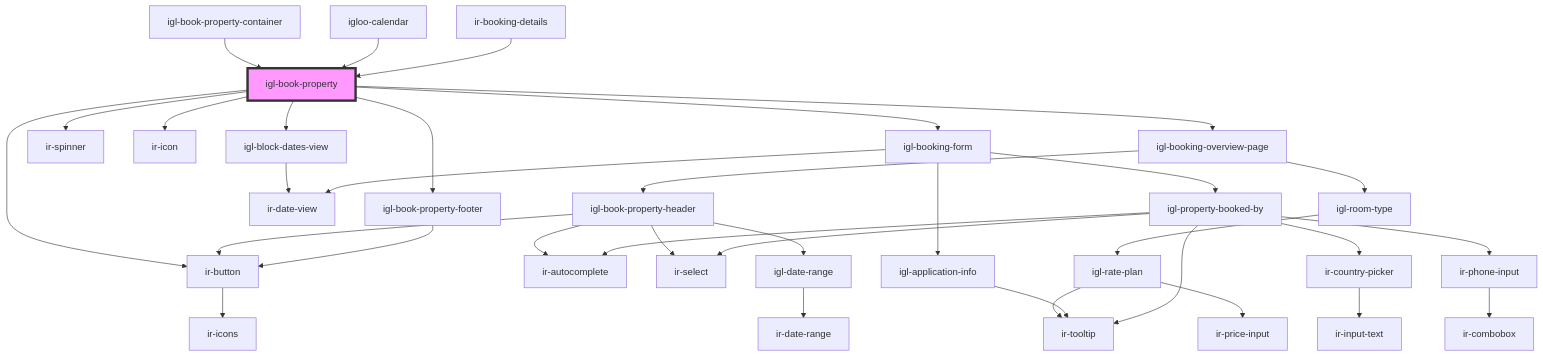
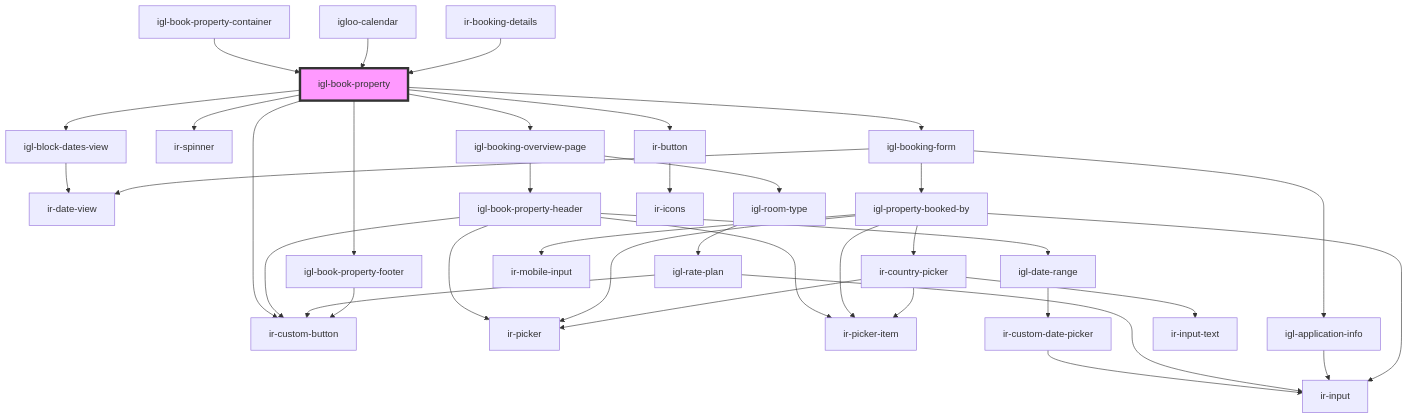
One commit to RonyRizk/ir-webcmp changed the diagram in src/components/igloo-calendar/igl-book-property/readme.md. Above: the diagram before and after it, drawn with Mermaid. The commit also changed other lines of this file and 433 other files, not shown here.

````diff
--- a/src/components/igloo-calendar/igl-book-property/readme.md
+++ b/src/components/igloo-calendar/igl-book-property/readme.md
@@ -53,38 +53,40 @@
 ```mermaid
 graph TD;
   igl-book-property --> igl-block-dates-view
   igl-book-property --> ir-spinner
-  igl-book-property --> ir-icon
+  igl-book-property --> ir-custom-button
   igl-book-property --> igl-booking-overview-page
   igl-book-property --> igl-booking-form
   igl-book-property --> ir-button
   igl-book-property --> igl-book-property-footer
   igl-block-dates-view --> ir-date-view
   igl-booking-overview-page --> igl-book-property-header
   igl-booking-overview-page --> igl-room-type
-  igl-book-property-header --> ir-autocomplete
-  igl-book-property-header --> ir-select
-  igl-book-property-header --> ir-button
+  igl-book-property-header --> ir-picker
+  igl-book-property-header --> ir-picker-item
+  igl-book-property-header --> ir-custom-button
   igl-book-property-header --> igl-date-range
-  ir-button --> ir-icons
-  igl-date-range --> ir-date-range
+  igl-date-range --> ir-custom-date-picker
+  ir-custom-date-picker --> ir-input
   igl-room-type --> igl-rate-plan
-  igl-rate-plan --> ir-tooltip
-  igl-rate-plan --> ir-price-input
+  igl-rate-plan --> ir-input
+  igl-rate-plan --> ir-custom-button
   igl-booking-form --> ir-date-view
   igl-booking-form --> igl-application-info
   igl-booking-form --> igl-property-booked-by
-  igl-application-info --> ir-tooltip
-  igl-property-booked-by --> ir-autocomplete
-  igl-property-booked-by --> ir-tooltip
+  igl-application-info --> ir-input
+  igl-property-booked-by --> ir-picker
+  igl-property-booked-by --> ir-picker-item
+  igl-property-booked-by --> ir-input
   igl-property-booked-by --> ir-country-picker
-  igl-property-booked-by --> ir-phone-input
-  igl-property-booked-by --> ir-select
+  igl-property-booked-by --> ir-mobile-input
+  ir-country-picker --> ir-picker
+  ir-country-picker --> ir-picker-item
   ir-country-picker --> ir-input-text
-  ir-phone-input --> ir-combobox
-  igl-book-property-footer --> ir-button
+  ir-button --> ir-icons
+  igl-book-property-footer --> ir-custom-button
   igl-book-property-container --> igl-book-property
   igloo-calendar --> igl-book-property
   ir-booking-details --> igl-book-property
   style igl-book-property fill:#f9f,stroke:#333,stroke-width:4px
 ```
````
